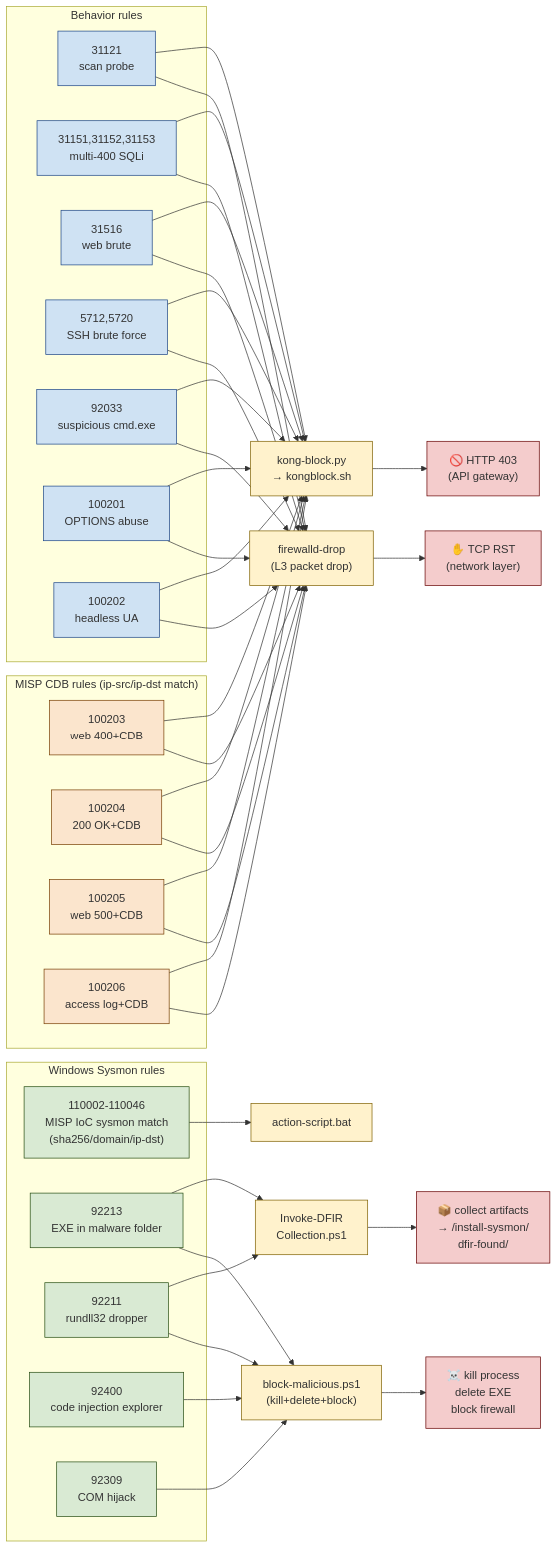
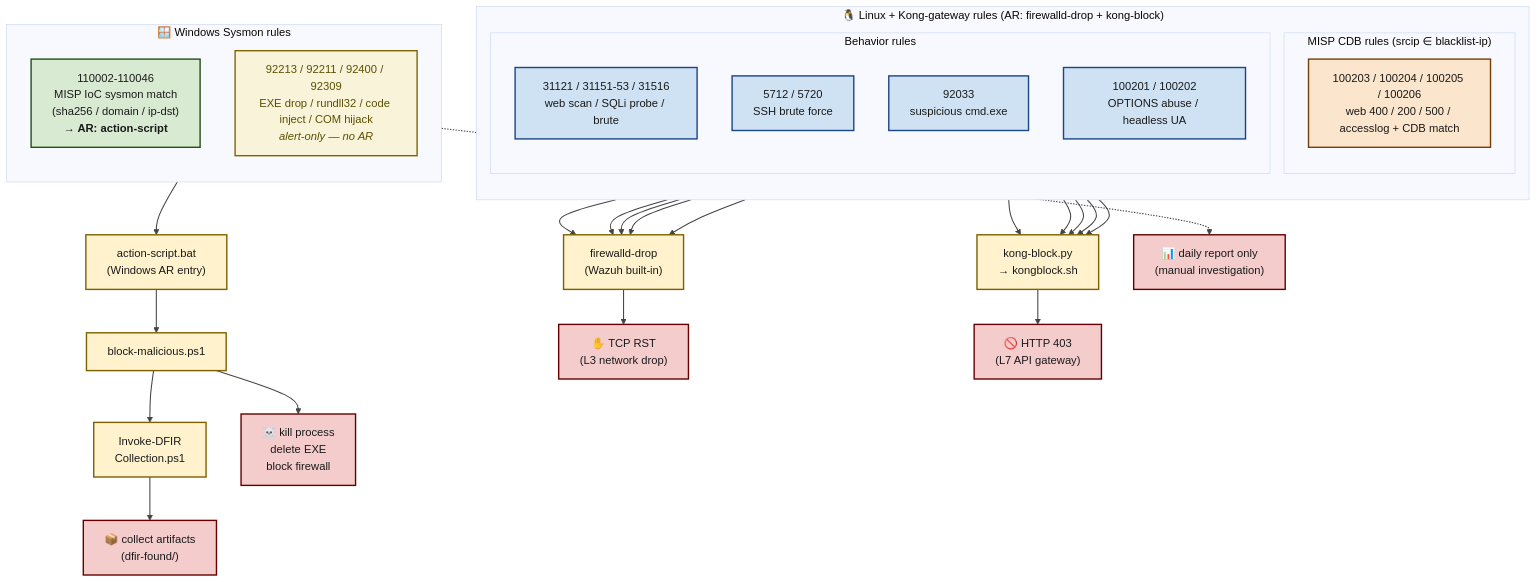
The fourth of 6 diagrams in diagram-project/architecture.md (nawin2535/MISP), drawn with Mermaid before and after one commit. The commit also changed other lines of this file, not shown here.

First paragraph of the commit message:
update3jun2569 docs(diagram): add full SOAR architecture in mermaid
diagram-project\architecture.md — comprehensive
architecture documentation for the Wazuh + MISP + Kong SOAR pipeline
using Mermaid diagrams (renders natively on GitHub).

````diff
--- a/diagram-project/architecture.md
+++ b/diagram-project/architecture.md
@@ -190,79 +200,65 @@
 ```mermaid
-flowchart LR
-    classDef misp fill:#fbe5cd,stroke:#783f04
-    classDef behav fill:#cfe2f3,stroke:#1c4587
-    classDef win fill:#d9ead3,stroke:#274e13
-    classDef ar fill:#fff2cc,stroke:#7f6000
-    classDef effect fill:#f4cccc,stroke:#660000
+%%{init: {'theme':'base', 'themeVariables': {'lineColor':'#2c2c2c'}}}%%
+flowchart TD
+    classDef misp fill:#fbe5cd,stroke:#783f04,stroke-width:2px,color:#1a1a1a
+    classDef behav fill:#cfe2f3,stroke:#1c4587,stroke-width:2px,color:#1a1a1a
+    classDef win fill:#d9ead3,stroke:#274e13,stroke-width:2px,color:#1a1a1a
+    classDef alertonly fill:#f9f3d9,stroke:#806600,stroke-width:2px,color:#5a5000
+    classDef ar fill:#fff2cc,stroke:#7f6000,stroke-width:2px,color:#1a1a1a
+    classDef effect fill:#f4cccc,stroke:#660000,stroke-width:2px,color:#1a1a1a
 
-    subgraph MispRules["MISP CDB rules (ip-src/ip-dst match)"]
-        R203["100203<br/>web 400+CDB"]
-        R204["100204<br/>200 OK+CDB"]
-        R205["100205<br/>web 500+CDB"]
-        R206["100206<br/>access log+CDB"]
+    subgraph LinuxKong["🐧 Linux + Kong-gateway rules (AR: firewalld-drop + kong-block)"]
+        direction TB
+        subgraph MispRules["MISP CDB rules (srcip ∈ blacklist-ip)"]
+            R203_206["100203 / 100204 / 100205 / 100206<br/>web 400 / 200 / 500 / accesslog + CDB match"]:::misp
+        end
+        subgraph BehavRules["Behavior rules"]
+            R_web["31121 / 31151-53 / 31516<br/>web scan / SQLi probe / brute"]:::behav
+            R_ssh["5712 / 5720<br/>SSH brute force"]:::behav
+            R_cmd["92033<br/>suspicious cmd.exe"]:::behav
+            R_custom["100201 / 100202<br/>OPTIONS abuse / headless UA"]:::behav
+        end
     end
-    class R203,R204,R205,R206 misp
 
-    subgraph BehavRules["Behavior rules"]
-        R31121["31121<br/>scan probe"]
-        R31151["31151,31152,31153<br/>multi-400 SQLi"]
-        R31516["31516<br/>web brute"]
-        R5712["5712,5720<br/>SSH brute force"]
-        R92033["92033<br/>suspicious cmd.exe"]
-        R100201["100201<br/>OPTIONS abuse"]
-        R100202["100202<br/>headless UA"]
+    subgraph WinSysmon["🪟 Windows Sysmon rules"]
+        direction TB
+        R110xxx["110002-110046<br/>MISP IoC sysmon match<br/>(sha256 / domain / ip-dst)<br/><b>→ AR: action-script</b>"]:::win
+        R92xxx["92213 / 92211 / 92400 / 92309<br/>EXE drop / rundll32 / code inject / COM hijack<br/><i>alert-only — no AR</i>"]:::alertonly
     end
-    class R31121,R31151,R31516,R5712,R92033,R100201,R100202 behav
 
-    subgraph WinRules["Windows Sysmon rules"]
-        R110002["110002-110046<br/>MISP IoC sysmon match<br/>(sha256/domain/ip-dst)"]
-        R92213["92213<br/>EXE in malware folder"]
-        R92211["92211<br/>rundll32 dropper"]
-        R92400["92400<br/>code injection explorer"]
-        R92309["92309<br/>COM hijack"]
-    end
-    class R110002,R92213,R92211,R92400,R92309 win
+    FwDrop["firewalld-drop<br/>(Wazuh built-in)"]:::ar
+    KongBlock["kong-block.py<br/>→ kongblock.sh"]:::ar
+    ActScript["action-script.bat<br/>(Windows AR entry)"]:::ar
+    BlockMal["block-malicious.ps1"]:::ar
+    DFIRColl["Invoke-DFIR<br/>Collection.ps1"]:::ar
 
-    FwDrop["firewalld-drop<br/>(L3 packet drop)"]:::ar
-    KongBlock["kong-block.py<br/>→ kongblock.sh"]:::ar
-    BlockMal["block-malicious.ps1<br/>(kill+delete+block)"]:::ar
-    DFIRColl["Invoke-DFIR<br/>Collection.ps1"]:::ar
-    ActScript["action-script.bat"]:::ar
+    EffFW["✋ TCP RST<br/>(L3 network drop)"]:::effect
+    EffKong["🚫 HTTP 403<br/>(L7 API gateway)"]:::effect
+    EffWin["☠️ kill process<br/>delete EXE<br/>block firewall"]:::effect
+    EffDFIR["📦 collect artifacts<br/>(dfir-found/)"]:::effect
+    EffAlert["📊 daily report only<br/>(manual investigation)"]:::effect
 
-    R203 --> FwDrop
-    R203 --> KongBlock
-    R204 --> FwDrop
-    R204 --> KongBlock
-    R205 --> FwDrop
-    R205 --> KongBlock
-    R206 --> FwDrop
-    R206 --> KongBlock
+    R203_206 --> FwDrop
+    R203_206 --> KongBlock
+    R_web --> FwDrop
+    R_web --> KongBlock
+    R_ssh --> FwDrop
+    R_ssh --> KongBlock
+    R_cmd --> FwDrop
+    R_cmd --> KongBlock
+    R_custom --> FwDrop
+    R_custom --> KongBlock
 
-    R31121 --> FwDrop
-    R31121 --> KongBlock
-    R31151 --> FwDrop
-    R31151 --> KongBlock
-    R31516 --> FwDrop
-    R31516 --> KongBlock
-    R5712 --> FwDrop
-    R5712 --> KongBlock
-    R92033 --> FwDrop
-    R92033 --> KongBlock
-    R100201 --> FwDrop
-    R100201 --> KongBlock
-    R100202 --> FwDrop
-    R100202 --> KongBlock
+    R110xxx --> ActScript
+    ActScript --> BlockMal
+    BlockMal --> DFIRColl
 
-    R110002 --> ActScript
-    R92213 --> BlockMal
-    R92213 --> DFIRColl
-    R92211 --> BlockMal
-    R92211 --> DFIRColl
-    R92400 --> BlockMal
-    R92309 --> BlockMal
+    R92xxx -.-> EffAlert
 
-    FwDrop --> EffFW["✋ TCP RST<br/>(network layer)"]:::effect
-    KongBlock --> EffKong["🚫 HTTP 403<br/>(API gateway)"]:::effect
-    BlockMal --> EffWin["☠️ kill process<br/>delete EXE<br/>block firewall"]:::effect
-    DFIRColl --> EffDFIR["📦 collect artifacts<br/>→ /install-sysmon/<br/>dfir-found/"]:::effect
+    FwDrop --> EffFW
+    KongBlock --> EffKong
+    BlockMal --> EffWin
+    DFIRColl --> EffDFIR
+
+    linkStyle default stroke:#444444,stroke-width:1.5px
 ```
````
